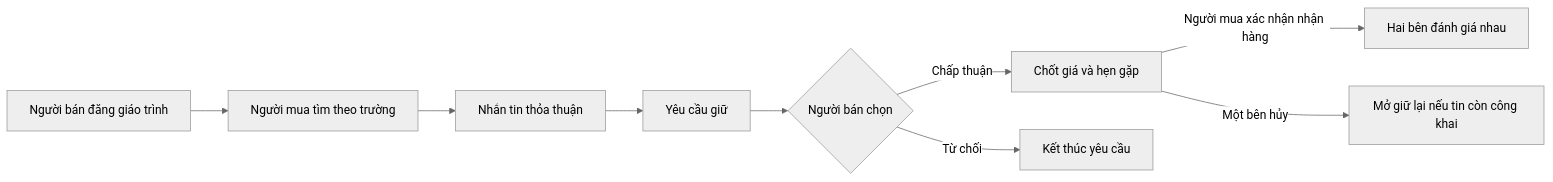
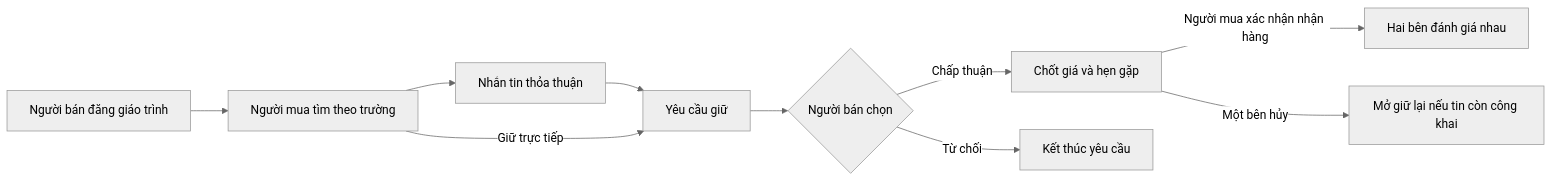
One commit to HBX-HCMUT/UniSwap changed the second of 3 diagrams in docs/nghiep-vu.md. Above: the diagram before and after it, drawn with Mermaid (neutral theme). The commit also changed other lines of this file and 8 other files, not shown here.

````diff
--- a/docs/nghiep-vu.md
+++ b/docs/nghiep-vu.md
@@ -53,11 +53,12 @@
 ```mermaid
 flowchart LR
   S[Người bán đăng giáo trình] --> F[Người mua tìm theo trường]
   F --> C[Nhắn tin thỏa thuận]
   C --> P[Yêu cầu giữ]
+  F -->|Giữ trực tiếp| P
   P --> A{Người bán chọn}
   A -->|Chấp thuận| H[Chốt giá và hẹn gặp]
   A -->|Từ chối| D[Kết thúc yêu cầu]
   H -->|Người mua xác nhận nhận hàng| R[Hai bên đánh giá nhau]
   H -->|Một bên hủy| O[Mở giữ lại nếu tin còn công khai]
 ```
````
